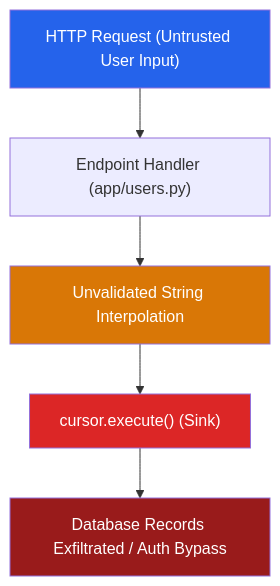
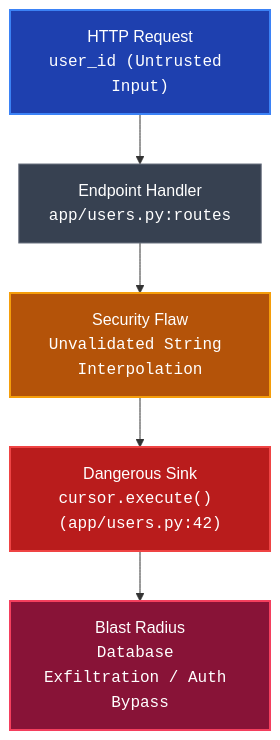
The first of 2 diagrams in README.md (anasahmed67/sec-skill), drawn with Mermaid before and after one commit. The commit also changed other lines of this file, not shown here.

````diff
--- a/README.md
+++ b/README.md
@@ -250,11 +258,13 @@
 ```mermaid
 flowchart TD
-  A["HTTP Request (Untrusted User Input)"] --> B["Endpoint Handler (app/users.py)"]
-  B --> C["Unvalidated String Interpolation"]
-  C --> D["cursor.execute() (Sink)"]
-  D --> E["Database Records Exfiltrated / Auth Bypass"]
-  style A fill:#2563eb,color:#fff
-  style C fill:#d97706,color:#fff
-  style D fill:#dc2626,color:#fff
-  style E fill:#991b1b,color:#fff
+  A["HTTP Request<br/><code>user_id (Untrusted Input)</code>"] --> B["Endpoint Handler<br/><code>app/users.py:routes</code>"]
+  B --> C["Security Flaw<br/><code>Unvalidated String Interpolation</code>"]
+  C --> D["Dangerous Sink<br/><code>cursor.execute() (app/users.py:42)</code>"]
+  D --> E["Blast Radius<br/><code>Database Exfiltration / Auth Bypass</code>"]
+
+  style A fill:#1e40af,color:#fff,stroke:#3b82f6,stroke-width:2px
+  style B fill:#374151,color:#fff,stroke:#6b7280,stroke-width:1px
+  style C fill:#b45309,color:#fff,stroke:#f59e0b,stroke-width:2px
+  style D fill:#b91c1c,color:#fff,stroke:#ef4444,stroke-width:2px
+  style E fill:#881337,color:#fff,stroke:#f43f5e,stroke-width:2px
 ```
````
